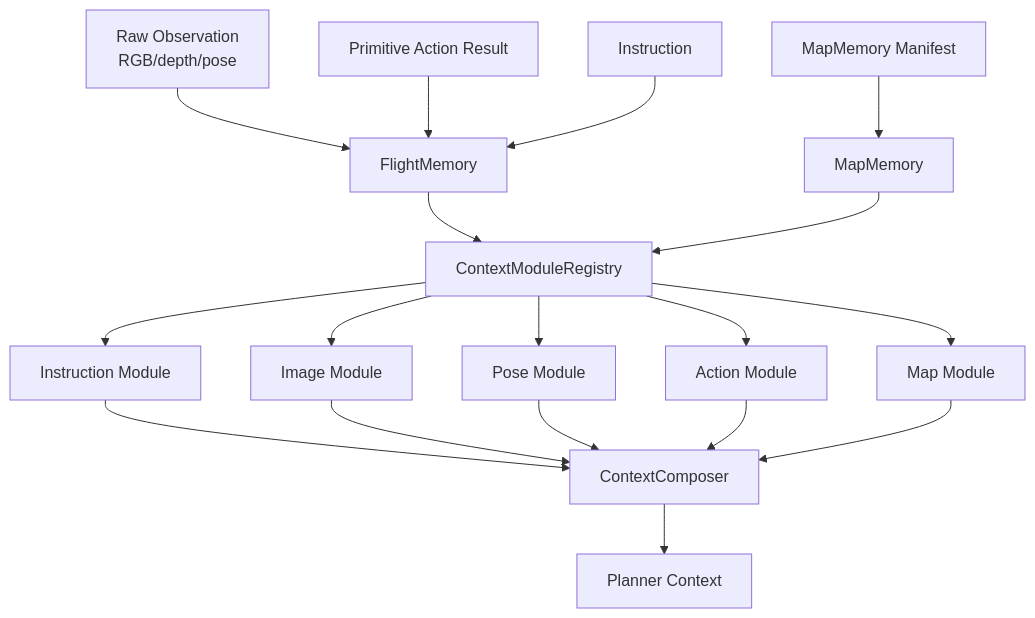
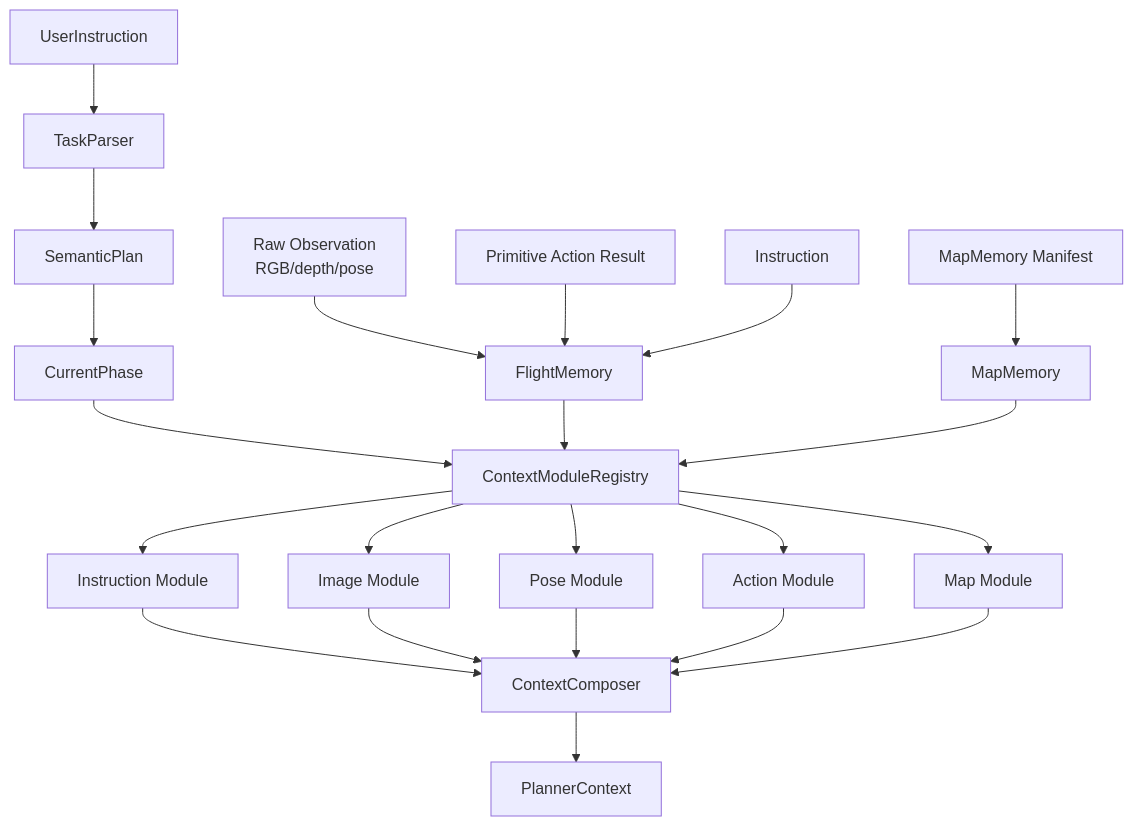
The fourth of 4 diagrams in docs/memory_system/03_context_composition.md (LZ6years/AeroPilot), drawn with Mermaid before and after one commit. The commit also changed other lines of this file and 92 other files, not shown here.

````diff
--- a/docs/memory_system/03_context_composition.md
+++ b/docs/memory_system/03_context_composition.md
@@ -189,21 +269,26 @@
 ```mermaid
 flowchart TD
+    U["UserInstruction"] --> TP["TaskParser"]
+    TP --> SP["SemanticPlan"]
+    SP --> CP["CurrentPhase"]
+    CP --> R["ContextModuleRegistry"]
+
     A["Raw Observation<br/>RGB/depth/pose"] --> FM["FlightMemory"]
     D["Primitive Action Result"] --> FM
     E["Instruction"] --> FM
     G["MapMemory Manifest"] --> MM["MapMemory"]
 
-    FM --> R["ContextModuleRegistry"]
+    FM --> R
     MM --> R
     R --> I["Instruction Module"]
     R --> IMG["Image Module"]
     R --> P["Pose Module"]
     R --> ACT["Action Module"]
     R --> MAP["Map Module"]
     I --> C["ContextComposer"]
     IMG --> C
     P --> C
     ACT --> C
     MAP --> C
-    C --> J["Planner Context"]
+    C --> J["PlannerContext"]
 ```
````
